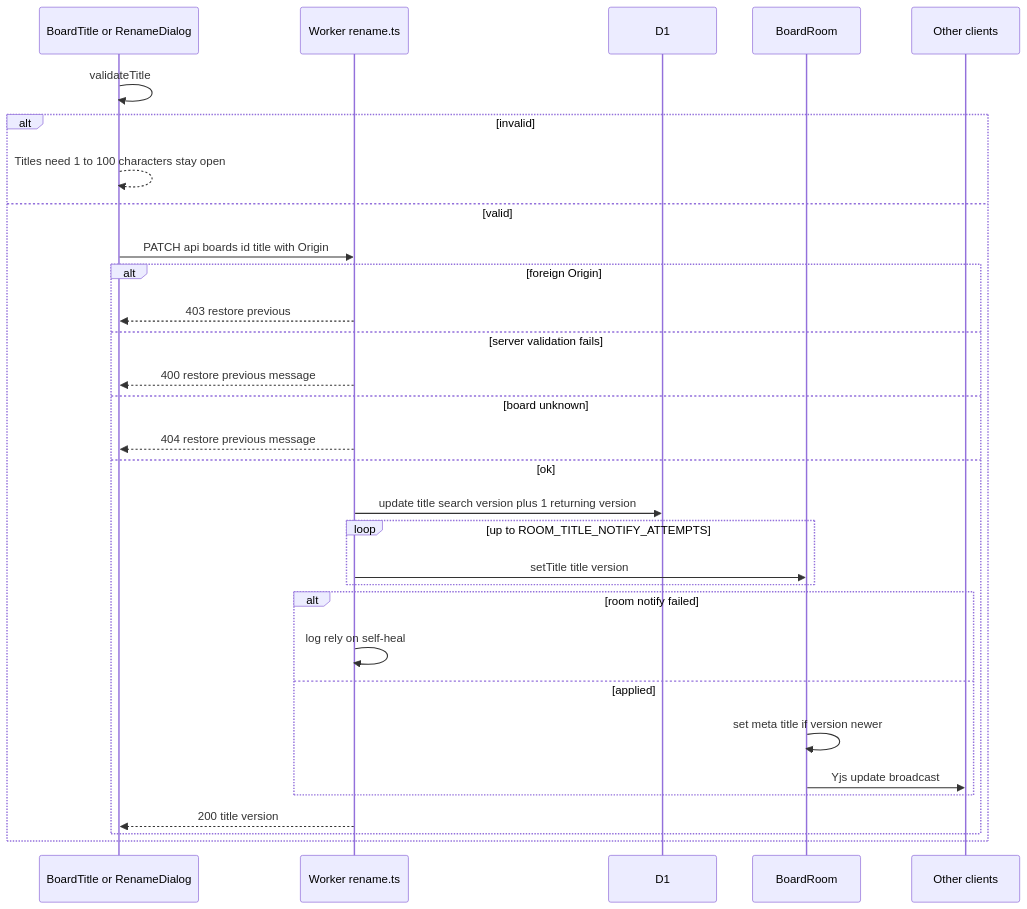
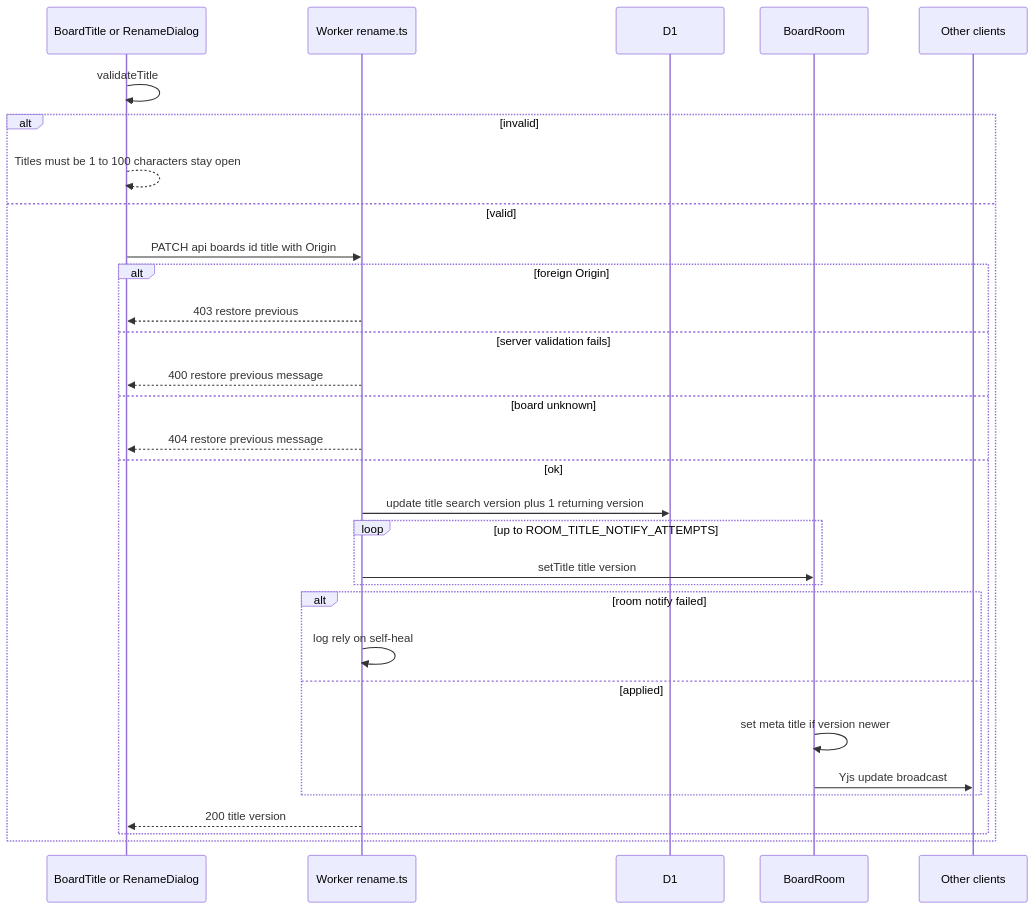
One commit to boxabirds/awesome-local-ai changed the sixth of 8 diagrams in benchmarks/vidi/spec/stories/015-create-rename-and-find-my-boards-from-a-dashboard/design.md. Above: the diagram before and after it, drawn with Mermaid. The commit also changed other lines of this file and 69 other files, not shown here.

````diff
--- a/benchmarks/vidi/spec/stories/015-create-rename-and-find-my-boards-from-a-dashboard/design.md
+++ b/benchmarks/vidi/spec/stories/015-create-rename-and-find-my-boards-from-a-dashboard/design.md
@@ -170,33 +170,33 @@
 ```mermaid
 sequenceDiagram
     participant C as BoardTitle or RenameDialog
     participant W as Worker rename.ts
     participant D as D1
     participant R as BoardRoom
     participant O as Other clients
     C->>C: validateTitle
     alt invalid
-        C-->>C: Titles need 1 to 100 characters stay open
+        C-->>C: Titles must be 1 to 100 characters stay open
     else valid
         C->>W: PATCH api boards id title with Origin
         alt foreign Origin
             W-->>C: 403 restore previous
         else server validation fails
             W-->>C: 400 restore previous message
         else board unknown
             W-->>C: 404 restore previous message
         else ok
             W->>D: update title search version plus 1 returning version
             loop up to ROOM_TITLE_NOTIFY_ATTEMPTS
                 W->>R: setTitle title version
             end
             alt room notify failed
                 W->>W: log rely on self-heal
             else applied
                 R->>R: set meta title if version newer
                 R->>O: Yjs update broadcast
             end
             W-->>C: 200 title version
         end
     end
 ```
````
